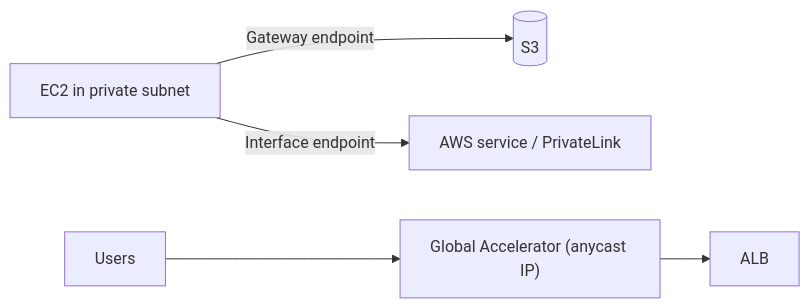
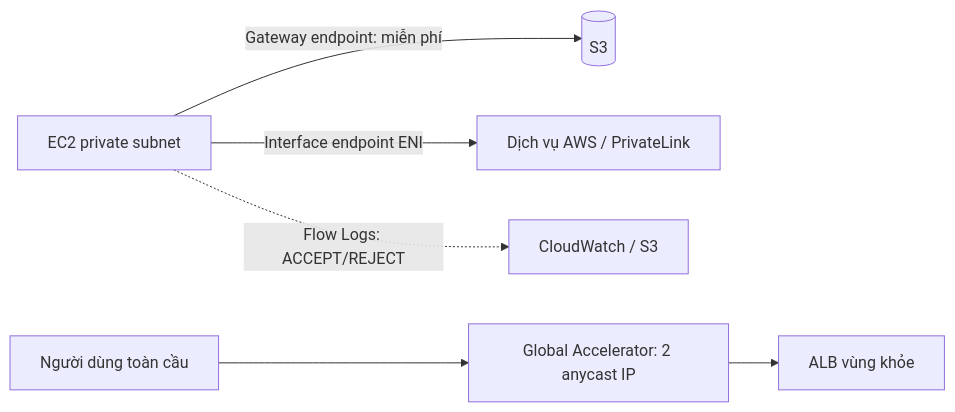
One commit to passion-Infinity/personal-tech-playbook changed the diagram in src/assets/knowledge/playbooks/aws/aws-advanced-networking.md. Above: the diagram before and after it, drawn with Mermaid. The commit also changed other lines of this file and 6 other files, not shown here.

````diff
--- a/src/assets/knowledge/playbooks/aws/aws-advanced-networking.md
+++ b/src/assets/knowledge/playbooks/aws/aws-advanced-networking.md
@@ -18,6 +28,7 @@
 ```mermaid
 flowchart LR
-    EC2["EC2 in private subnet"] -->|"Gateway endpoint"| S3[(S3)]
-    EC2 -->|"Interface endpoint"| SVC["AWS service / PrivateLink"]
-    USER[Users] --> GA["Global Accelerator (anycast IP)"] --> ALB[ALB]
+    EC2["EC2 private subnet"] -->|"Gateway endpoint: miễn phí"| S3[(S3)]
+    EC2 -->|"Interface endpoint ENI"| SVC["Dịch vụ AWS / PrivateLink"]
+    U[Người dùng toàn cầu] --> GA["Global Accelerator: 2 anycast IP"] --> ALB[ALB vùng khỏe]
+    EC2 -.->|"Flow Logs: ACCEPT/REJECT"| CW[CloudWatch / S3]
 ```
````
